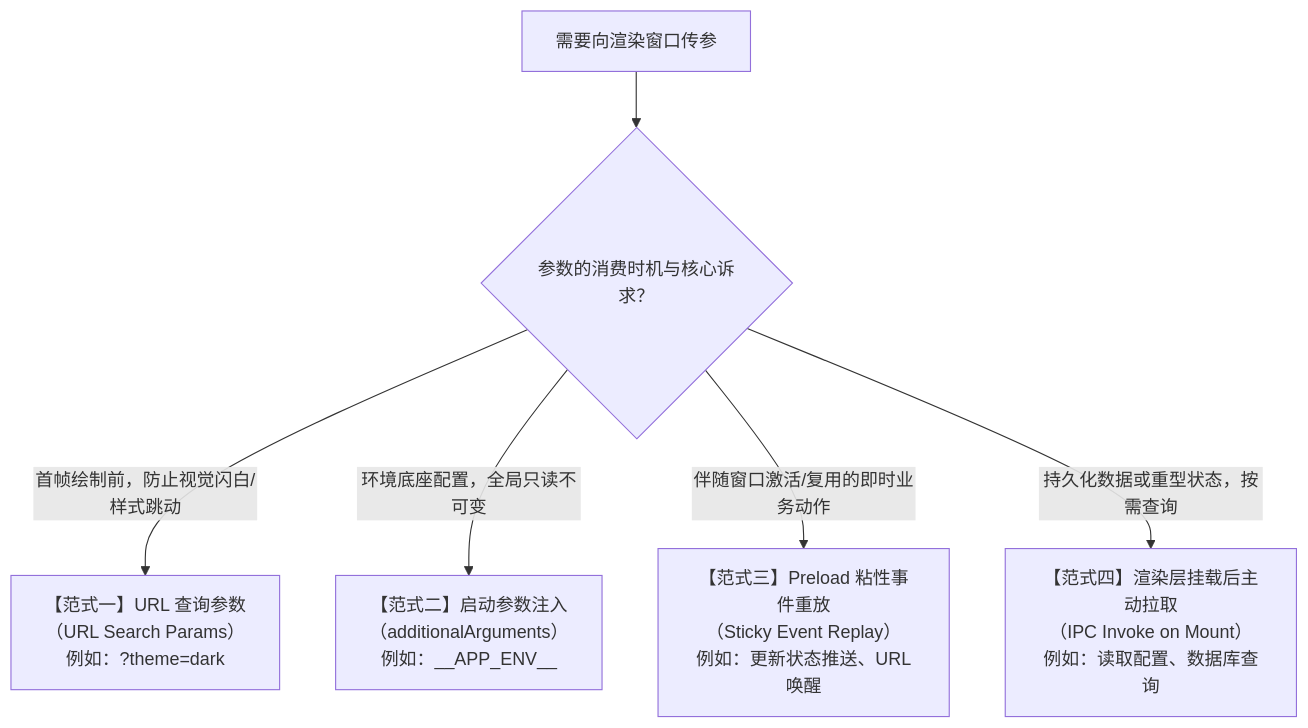
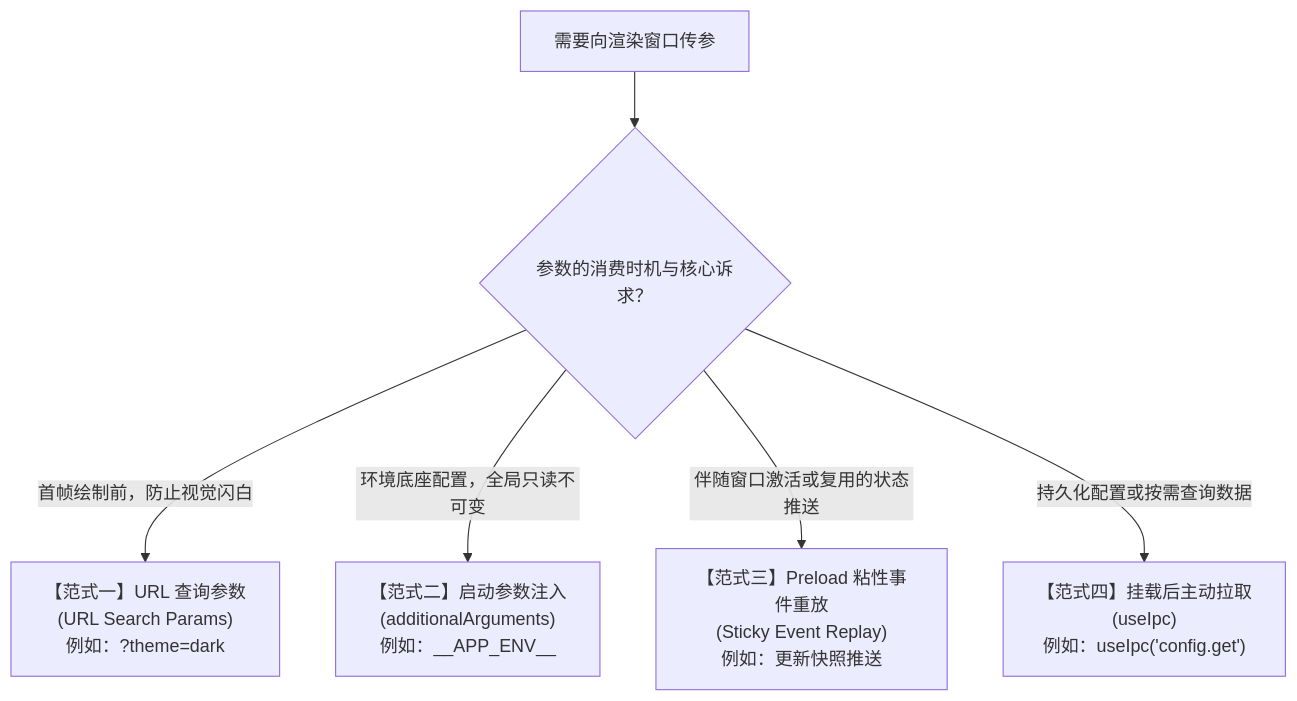
The diagram in packages/docs/src/pages/architecture/window-params.md (BanShan-Alec/electron-react-monorepo-template), drawn with Mermaid before and after one commit. The commit also changed other lines of this file and 82 other files, not shown here.

````diff
--- a/packages/docs/src/pages/architecture/window-params.md
+++ b/packages/docs/src/pages/architecture/window-params.md
@@ -23,9 +27,9 @@
 ```mermaid
 flowchart TD
     Start["需要向渲染窗口传参"] --> Q1{"参数的消费时机与核心诉求？"}
-    
-    Q1 -- "首帧绘制前，防止视觉闪白/样式跳动" --> A["【范式一】URL 查询参数\n（URL Search Params）\n例如：?theme=dark"]
-    Q1 -- "环境底座配置，全局只读不可变" --> B["【范式二】启动参数注入\n（additionalArguments）\n例如：__APP_ENV__"]
-    Q1 -- "伴随窗口激活/复用的即时业务动作" --> C["【范式三】Preload 粘性事件重放\n（Sticky Event Replay）\n例如：更新状态推送、URL唤醒"]
-    Q1 -- "持久化数据或重型状态，按需查询" --> D["【范式四】渲染层挂载后主动拉取\n（IPC Invoke on Mount）\n例如：读取配置、数据库查询"]
+
+    Q1 -- "首帧绘制前，防止视觉闪白" --> A["【范式一】URL 查询参数<br/>(URL Search Params)<br/>例如：?theme=dark"]
+    Q1 -- "环境底座配置，全局只读不可变" --> B["【范式二】启动参数注入<br/>(additionalArguments)<br/>例如：__APP_ENV__"]
+    Q1 -- "伴随窗口激活或复用的状态推送" --> C["【范式三】Preload 粘性事件重放<br/>(Sticky Event Replay)<br/>例如：更新快照推送"]
+    Q1 -- "持久化配置或按需查询数据" --> D["【范式四】挂载后主动拉取<br/>(useIpc)<br/>例如：useIpc('config.get')"]
 ```
````
